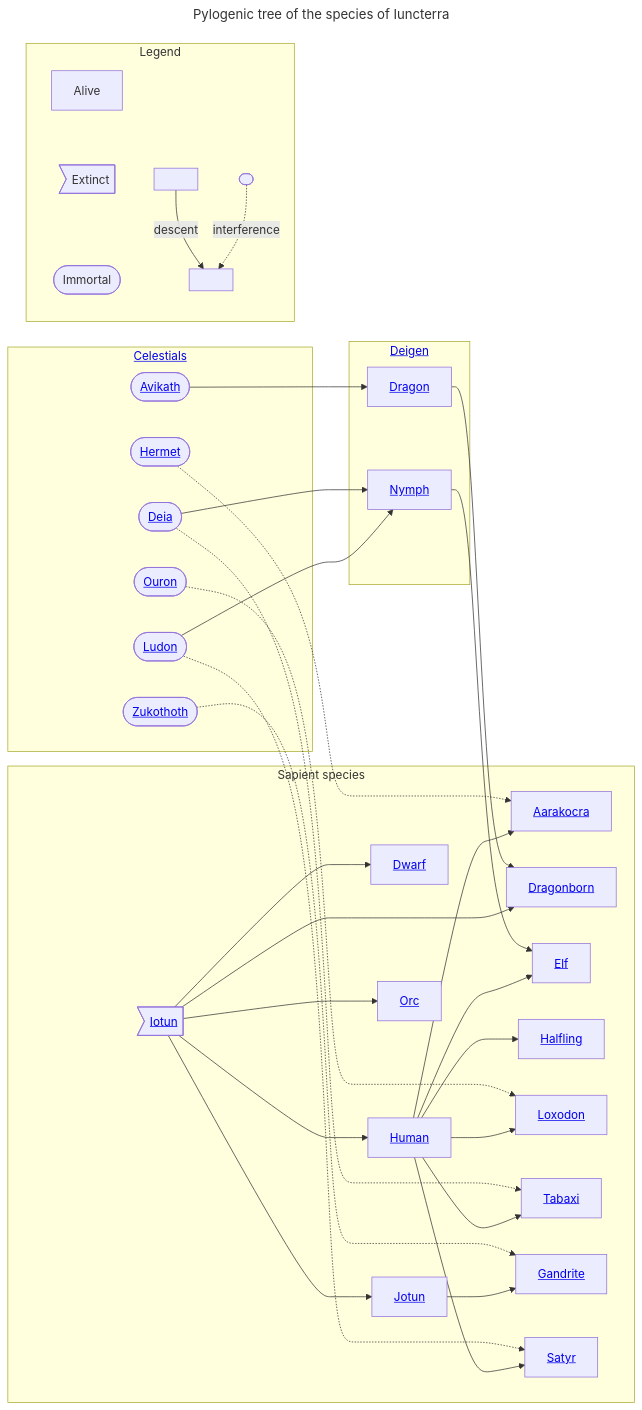
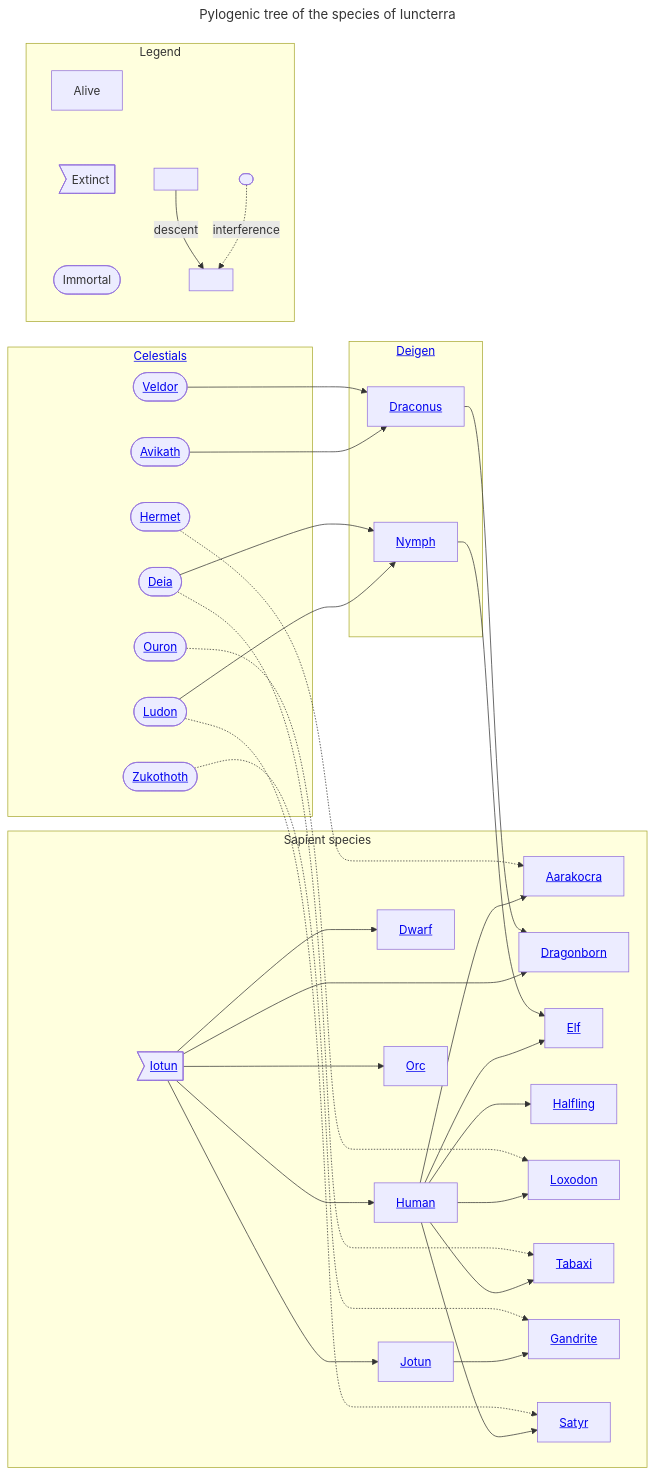
The diagram in source/species/index.md (TEParsons/Iuncterra), drawn with Mermaid before and after one commit.

Commit message:
Add draconus to species tree

````diff
--- a/source/species/index.md
+++ b/source/species/index.md
@@ -4,80 +4,82 @@
 ```mermaid
 ---
 title: Pylogenic tree of the species of Iuncterra
 ---
 flowchart LR
 
 %% define nodes
 subgraph celestials [<a href=/cosmology>Celestials</a>]
 ouron([<a href=/cosmology/fey/major_fey/ouron>Ouron</a>])
 deia([<a href=/cosmology/fey/major_fey/deia>Deia</a>])
+veldor([<a href=/cosmology/fey/regional_fey/veldor>Veldor</a>])
 hermet([<a href=/cosmology/daemons/seraphim/hermet>Hermet</a>])
 ludon([<a href=/cosmology/daemons/seraphim/ludon>Ludon</a>])
 avikath([<a href=/cosmology/daemons/malefices/avikath>Avikath</a>])
 zukothoth([<a href=/cosmology/daemons/malefices/zukothoth>Zukothoth</a>])
 end
 subgraph deigen [<a href=/cosmology/deigen>Deigen</a>]
-dragon[<a href=/cosmology/deigen/dragon>Dragon</a>]
+draconus[<a href=/cosmology/deigen/dragons/draconus>Draconus</a>]
 nymph[<a href=/cosmology/deigen/nymph>Nymph</a>]
 end
 subgraph sapients [Sapient species]
 iotun><a href=/species/iotun>Iotun</a>]
 jotun[<a href=/species/jotun>Jotun</a>]
 aarakocra[<a href=/species/aarakocra>Aarakocra</a>]
 dragonborn[<a href=/species/dragonborn>Dragonborn</a>]
 dwarf[<a href=/species/dwarf>Dwarf</a>]
 elf[<a href=/species/elf>Elf</a>]
 halfling[<a href=/species/halfling>Halfling</a>]
 human[<a href=/species/human>Human</a>]
 loxodon[<a href=/species/loxodon>Loxodon</a>]
 orc[<a href=/species/orc>Orc</a>]
 tabaxi[<a href=/species/tabaxi>Tabaxi</a>]
 gandrite[<a href=/species/gandrite>Gandrite</a>]
 satyr[<a href=/species/satyr>Satyr</a>]
 end
 
 %% define relations
 iotun --> jotun
 iotun --> dwarf
 iotun --> human
 iotun --> orc
 iotun --> dragonborn
 
 jotun --> gandrite
 
 human --> elf
 human --> aarakocra
 human --> halfling
 human --> tabaxi
 human --> loxodon
 human --> satyr
 
-avikath --> dragon
+avikath --> draconus
+veldor --> draconus
 ludon --> nymph
 deia --> nymph
 
-dragon --> dragonborn
+draconus --> dragonborn
 nymph --> elf
 
 ouron -.-> loxodon
 deia -.-> tabaxi
 hermet -.-> aarakocra
 ludon -.-> satyr
 zukothoth -.-> gandrite
 
 %% legend
 subgraph legend [Legend]
   alive[Alive]
   extinct>Extinct]
   immortal([Immortal])
   
   parent[ ]
   child[ ]
   immortalparent([ ])
 
   alive ~~~ extinct ~~~ immortal
   parent -->|descent| child
   immortalparent -.->|interference| child
 end
 
 ```
````
